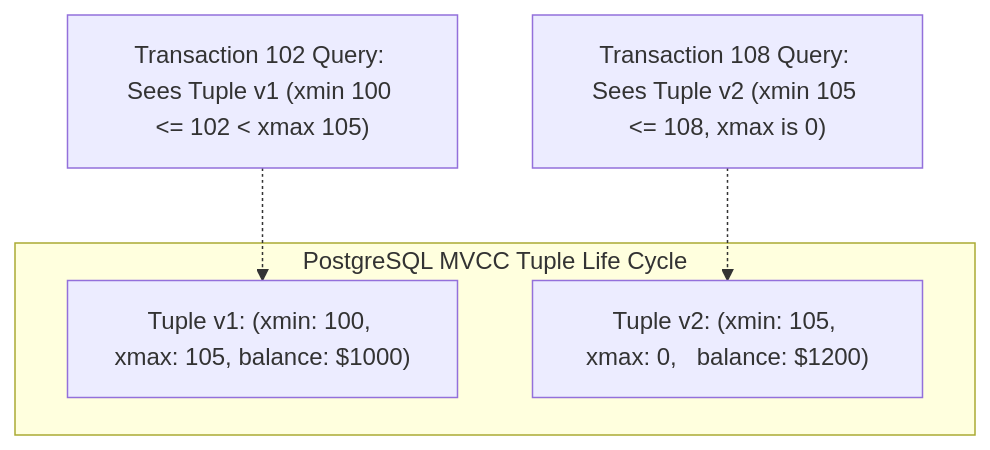
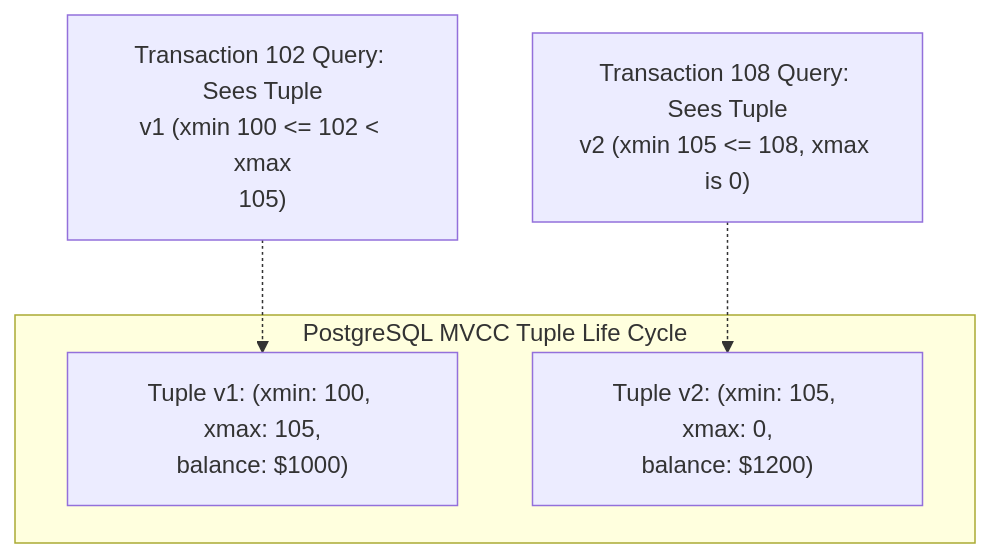
The first of 3 diagrams in architectures/04_concurrency_control_mvcc_and_distributed_consensus.md (santoshjammi29/sql-handbook), drawn with Mermaid before and after one commit. The commit also changed other lines of this file and 17 other files, not shown here.

Commit message:
fix(diagrams): word-wrap labels and escape comparison operators across all diagrams

````diff
--- a/architectures/04_concurrency_control_mvcc_and_distributed_consensus.md
+++ b/architectures/04_concurrency_control_mvcc_and_distributed_consensus.md
@@ -55,10 +55,10 @@
 ```mermaid
 flowchart TD
     subgraph RowEvolution["PostgreSQL MVCC Tuple Life Cycle"]
-        T1["Tuple v1: (xmin: 100, xmax: 105, balance: $1000)"]
-        T2["Tuple v2: (xmin: 105, xmax: 0,   balance: $1200)"]
+        T1["Tuple v1: (xmin: 100, xmax: 105,<br/>balance: $1000)"]
+        T2["Tuple v2: (xmin: 105, xmax: 0,<br/>balance: $1200)"]
     end
 
-    Q1["Transaction 102 Query: Sees Tuple v1 (xmin 100 <= 102 < xmax 105)"] -.-> T1
-    Q2["Transaction 108 Query: Sees Tuple v2 (xmin 105 <= 108, xmax is 0)"] -.-> T2
+    Q1["Transaction 102 Query: Sees Tuple<br/>v1 (xmin 100 &lt;= 102 &lt; xmax<br/>105)"] -.-> T1
+    Q2["Transaction 108 Query: Sees Tuple<br/>v2 (xmin 105 &lt;= 108, xmax is 0)"] -.-> T2
 ```
````
